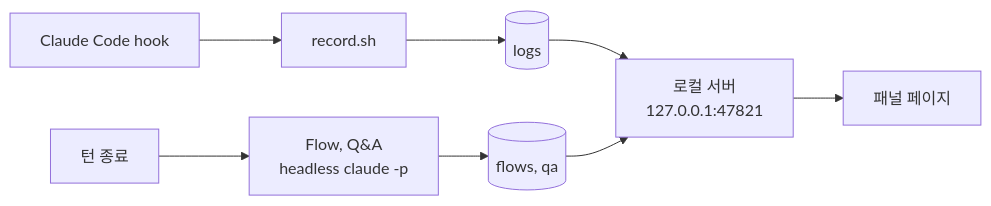
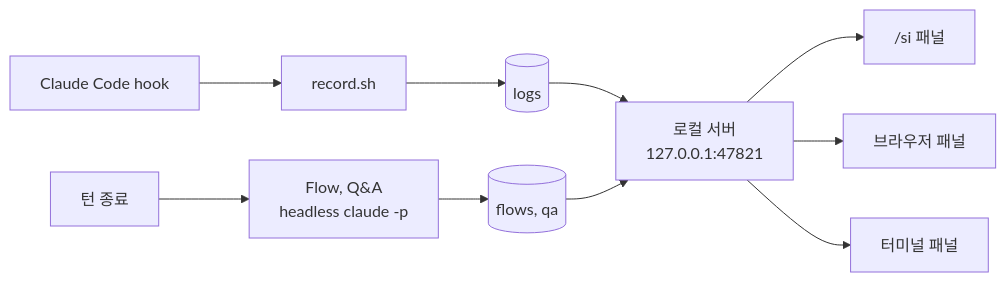
One commit to wonjoonSeol-WS/claude-side-insights changed the diagram in README.ko.md. Above: the diagram before and after it, drawn with Mermaid. The commit also changed other lines of this file and 34 other files, not shown here.

````diff
--- a/README.ko.md
+++ b/README.ko.md
@@ -272,7 +273,10 @@
 ```mermaid
 flowchart LR
   hooks["Claude Code hook"] --> rec["record.sh"] --> logs[("logs")]
   stop["턴 종료"] --> runs["Flow, Q&A<br/>headless claude -p"] --> results[("flows, qa")]
   logs --> server["로컬 서버<br/>127.0.0.1:47821"]
-  results --> server --> page["패널 페이지"]
+  results --> server
+  server --> pane["/si 패널"]
+  server --> page["브라우저 패널"]
+  server --> term["터미널 패널"]
 ```
````
